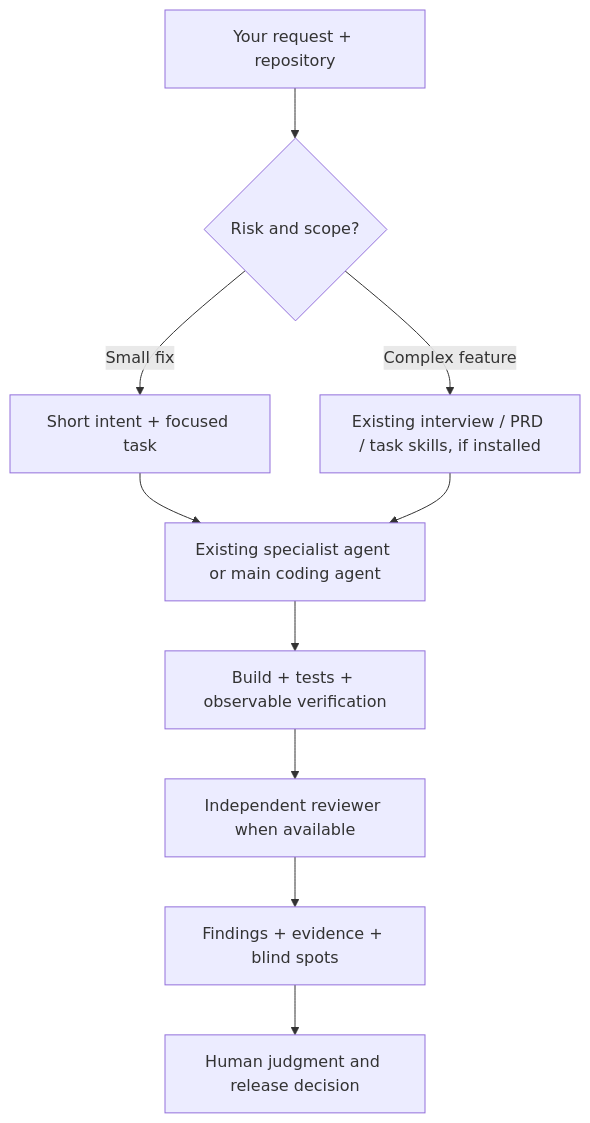
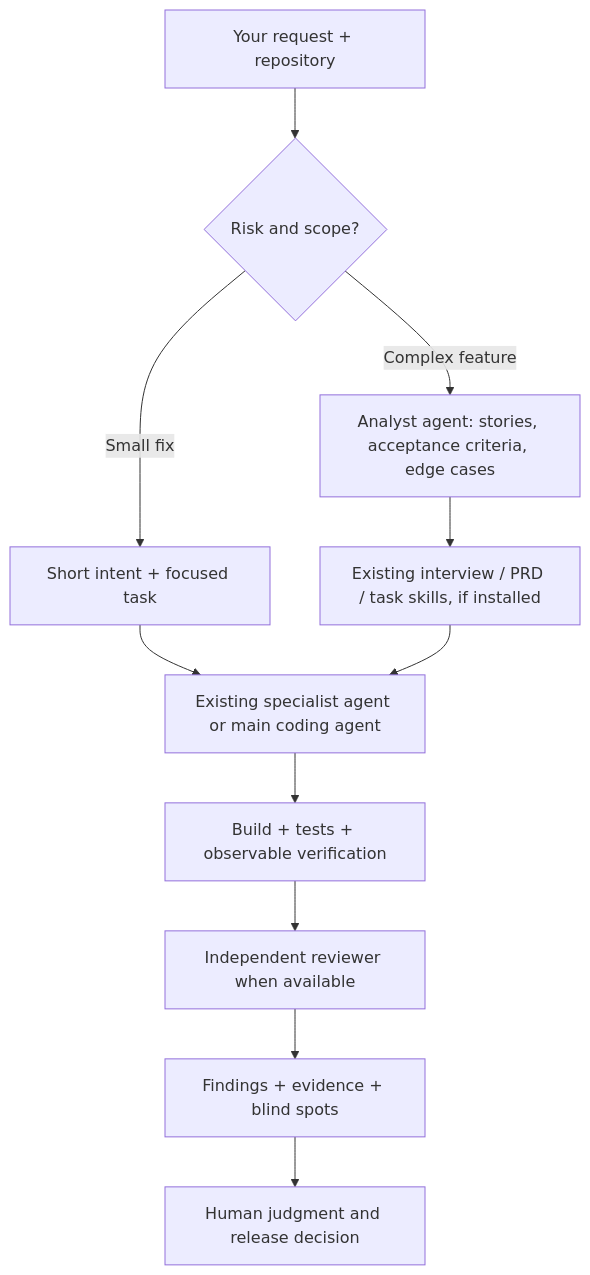
Before and after one commit to dimitriskl/engineering-judgment-skill: the diagram in README.md, drawn with Mermaid. The commit also changed other lines of this file and 7 other files, not shown here.

````diff
--- a/README.md
+++ b/README.md
@@ -49,12 +49,13 @@
 ```mermaid
 flowchart TD
   A[Your request + repository] --> B{Risk and scope?}
   B -->|Small fix| C[Short intent + focused task]
-  B -->|Complex feature| D[Existing interview / PRD / task skills, if installed]
+  B -->|Complex feature| A2[Analyst agent: stories, acceptance criteria, edge cases]
+  A2 --> D[Existing interview / PRD / task skills, if installed]
   C --> E[Existing specialist agent or main coding agent]
   D --> E
   E --> F[Build + tests + observable verification]
   F --> G[Independent reviewer when available]
   G --> H[Findings + evidence + blind spots]
   H --> I[Human judgment and release decision]
 ```
````
